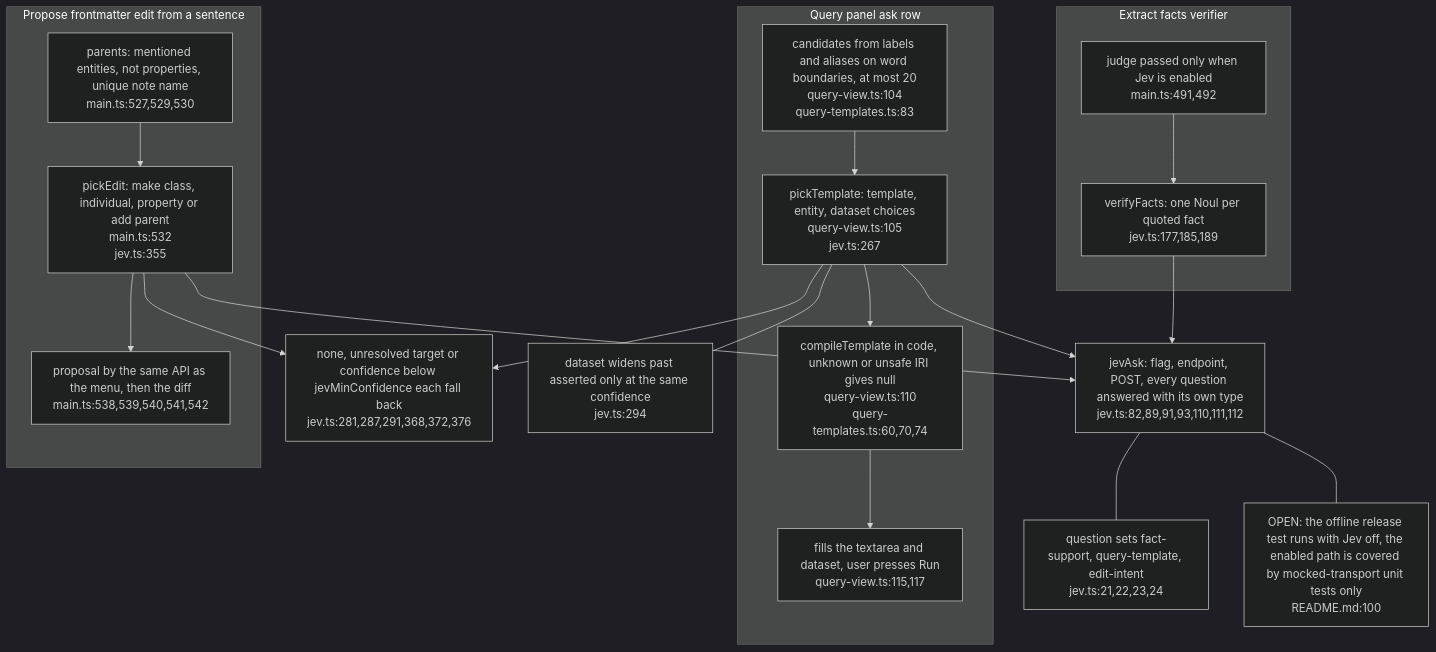
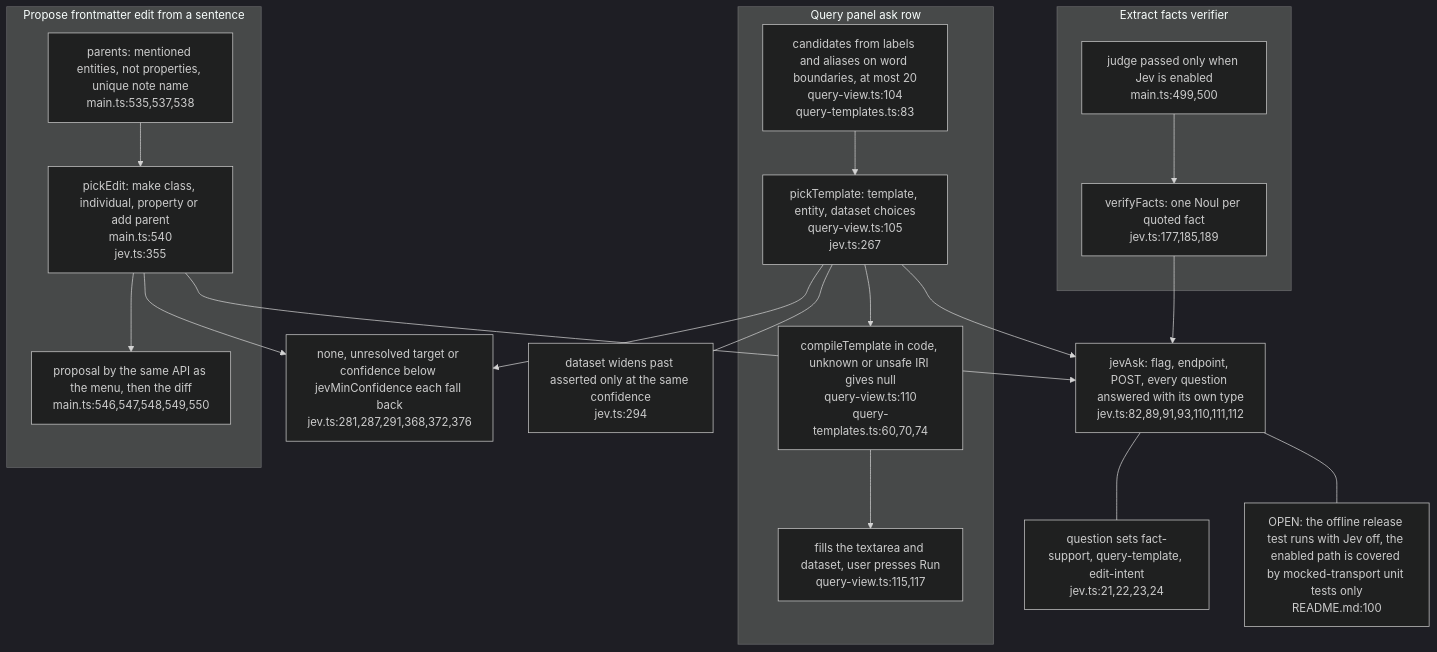
The third of 4 diagrams in docs/diagrams/ontomark-obsidian/05-network-boundary-and-jev.md (DreamLab-AI/VisionFlow), drawn with Mermaid (dark theme) before and after one commit. The commit also changed other lines of this file and 20 other files, not shown here.

First line of the commit message:
docs(diagrams): ontomark and ontomark-obsidian re-verified (graph 0.4.0, plugin 0.6.0)

````diff
--- a/docs/diagrams/ontomark-obsidian/05-network-boundary-and-jev.md
+++ b/docs/diagrams/ontomark-obsidian/05-network-boundary-and-jev.md
@@ -98,33 +98,33 @@
 ```mermaid
 flowchart TD
     ASK["jevAsk: flag, endpoint, POST, every question answered with its own type<br/>jev.ts:82,89,91,93,110,111,112"]
     QS["question sets fact-support, query-template, edit-intent<br/>jev.ts:21,22,23,24"]
     subgraph FACTS["Extract facts verifier"]
-        F1["judge passed only when Jev is enabled<br/>main.ts:491,492"]
+        F1["judge passed only when Jev is enabled<br/>main.ts:499,500"]
         F2["verifyFacts: one Noul per quoted fact<br/>jev.ts:177,185,189"]
     end
     subgraph TPL["Query panel ask row"]
         T1["candidates from labels and aliases on word boundaries, at most 20<br/>query-view.ts:104<br/>query-templates.ts:83"]
         T2["pickTemplate: template, entity, dataset choices<br/>query-view.ts:105<br/>jev.ts:267"]
         T3["compileTemplate in code, unknown or unsafe IRI gives null<br/>query-view.ts:110<br/>query-templates.ts:60,70,74"]
         T4["fills the textarea and dataset, user presses Run<br/>query-view.ts:115,117"]
     end
     subgraph EDIT["Propose frontmatter edit from a sentence"]
-        E1["parents: mentioned entities, not properties, unique note name<br/>main.ts:527,529,530"]
-        E2["pickEdit: make class, individual, property or add parent<br/>main.ts:532<br/>jev.ts:355"]
-        E3["proposal by the same API as the menu, then the diff<br/>main.ts:538,539,540,541,542"]
+        E1["parents: mentioned entities, not properties, unique note name<br/>main.ts:535,537,538"]
+        E2["pickEdit: make class, individual, property or add parent<br/>main.ts:540<br/>jev.ts:355"]
+        E3["proposal by the same API as the menu, then the diff<br/>main.ts:546,547,548,549,550"]
     end
     F1 --> F2 --> ASK
     T1 --> T2 --> ASK
     E1 --> E2 --> ASK
     ASK --- QS
     GATE["none, unresolved target or confidence below jevMinConfidence each fall back<br/>jev.ts:281,287,291,368,372,376"]
     T2 --> GATE
     E2 --> GATE
     T2 --> T3 --> T4
     E2 --> E3
     DS["dataset widens past asserted only at the same confidence<br/>jev.ts:294"]
     T2 --- DS
     OPEN["OPEN: the offline release test runs with Jev off, the enabled path is covered by mocked-transport unit tests only<br/>README.md:100"]
     ASK --- OPEN
 ```
````
